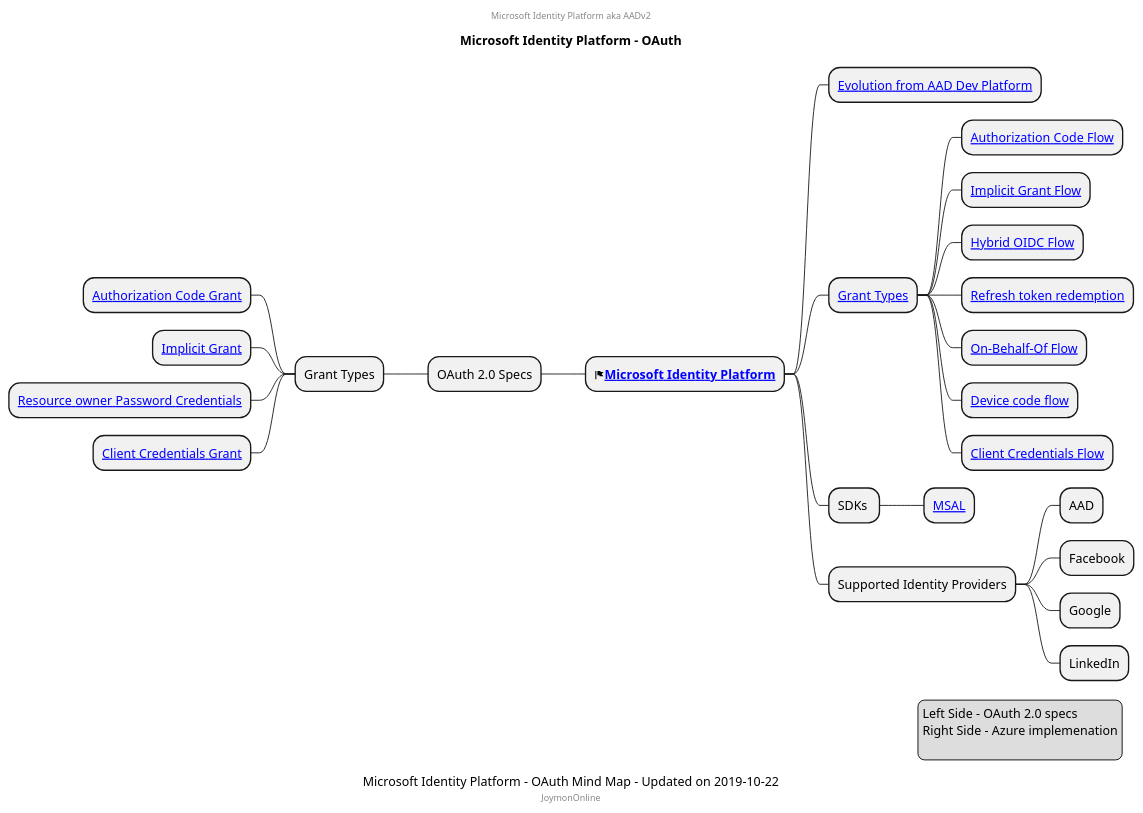
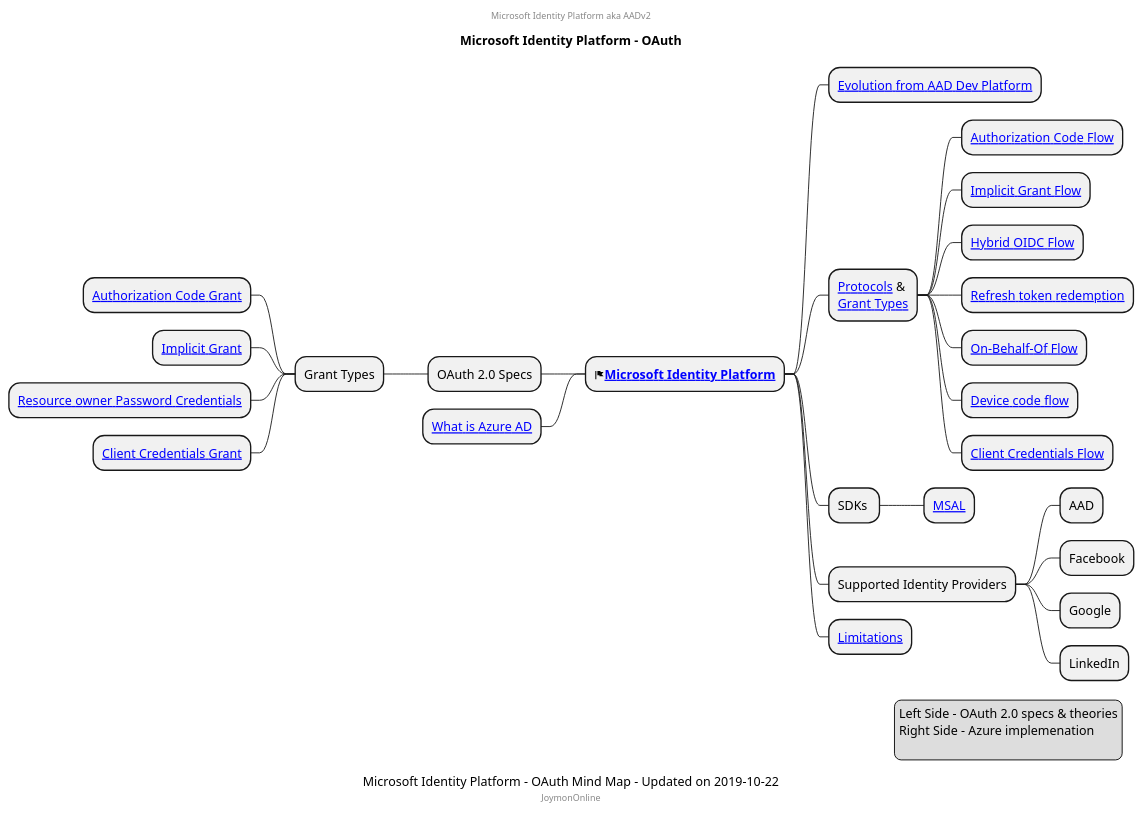
One commit to mind-maps/software changed the diagram in cloud/Azure/microsoft-identity-platform-oauth.puml. Above: the diagram before and after it, drawn with PlantUML. The commit also changed 1 other file, not shown here.

```diff
--- a/cloud/Azure/microsoft-identity-platform-oauth.puml
+++ b/cloud/Azure/microsoft-identity-platform-oauth.puml
@@ -1,41 +1,42 @@
 @startmindmap
 caption Microsoft Identity Platform - OAuth Mind Map - Updated on 2019-10-22
 title Microsoft Identity Platform - OAuth
 center header
 Microsoft Identity Platform aka AADv2
 endheader
 
 * <&flag><b>[[https://docs.microsoft.com/en-us/azure/active-directory/develop/ Microsoft Identity Platform]]</b>
 ** [[https://docs.microsoft.com/en-us/azure/active-directory/develop/about-microsoft-identity-platform Evolution from AAD Dev Platform]]
-** [[https://docs.microsoft.com/en-us/azure/active-directory/develop/authentication-scenarios Grant Types]]
+** [[https://docs.microsoft.com/en-us/azure/active-directory/develop/active-directory-v2-protocols Protocols]] & \n[[https://docs.microsoft.com/en-us/azure/active-directory/develop/authentication-scenarios Grant Types]]
 *** [[https://docs.microsoft.com/en-us/azure/active-directory/develop/v2-oauth2-auth-code-flow Authorization Code Flow]]
 *** [[https://docs.microsoft.com/en-us/azure/active-directory/develop/v2-oauth2-implicit-grant-flow Implicit Grant Flow]]
 *** [[https://docs.microsoft.com/en-us/azure/active-directory/develop/v2-protocols-oidc#get-access-tokens Hybrid OIDC Flow]]
 *** [[https://docs.microsoft.com/en-us/azure/active-directory/develop/v2-oauth2-auth-code-flow#refresh-the-access-token Refresh token redemption]]
 *** [[https://docs.microsoft.com/en-us/azure/active-directory/develop/v2-oauth2-on-behalf-of-flow On-Behalf-Of Flow]]
 *** [[https://docs.microsoft.com/en-us/azure/active-directory/develop/v2-oauth2-device-code Device code flow]]
 *** [[https://docs.microsoft.com/en-us/azure/active-directory/develop/v2-oauth2-client-creds-grant-flow Client Credentials Flow]]
 ** SDKs 
 *** [[https://docs.microsoft.com/en-us/azure/active-directory/develop/reference-v2-libraries MSAL]]
 ** Supported Identity Providers
 *** AAD
 *** Facebook
 *** Google
 *** LinkedIn
-
+** [[https://docs.microsoft.com/en-us/azure/active-directory/develop/azure-ad-endpoint-comparison#limitations Limitations]]
 left side
 ** OAuth 2.0 Specs
 *** Grant Types
 **** [[https://tools.ietf.org/html/rfc6749#page-24 Authorization Code Grant]]
 **** [[https://tools.ietf.org/html/rfc6749#page-31 Implicit Grant]]
 **** [[https://tools.ietf.org/html/rfc6749#page-37 Resource owner Password Credentials]]
 **** [[https://tools.ietf.org/html/rfc6749#page-40 Client Credentials Grant]]
+** [[https://docs.microsoft.com/en-us/azure/active-directory/fundamentals/active-directory-whatis What is Azure AD]]
 center footer JoymonOnline
 
 legend right
-  Left Side - OAuth 2.0 specs
+  Left Side - OAuth 2.0 specs & theories
   Right Side - Azure implemenation
   
 endlegend
 
 @endmindmap
```
